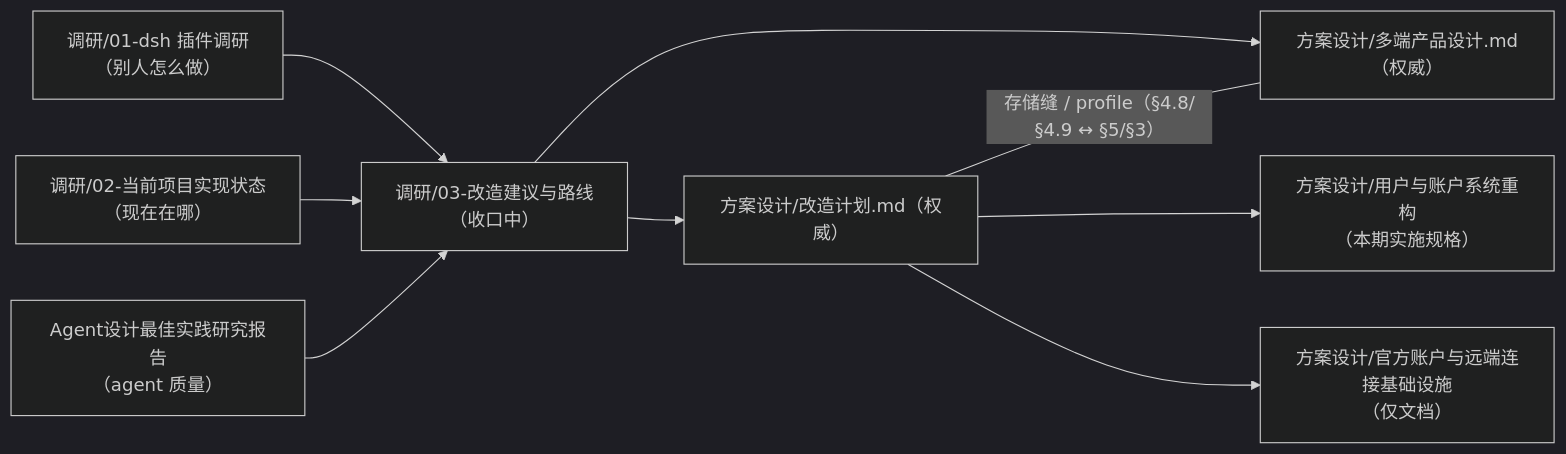
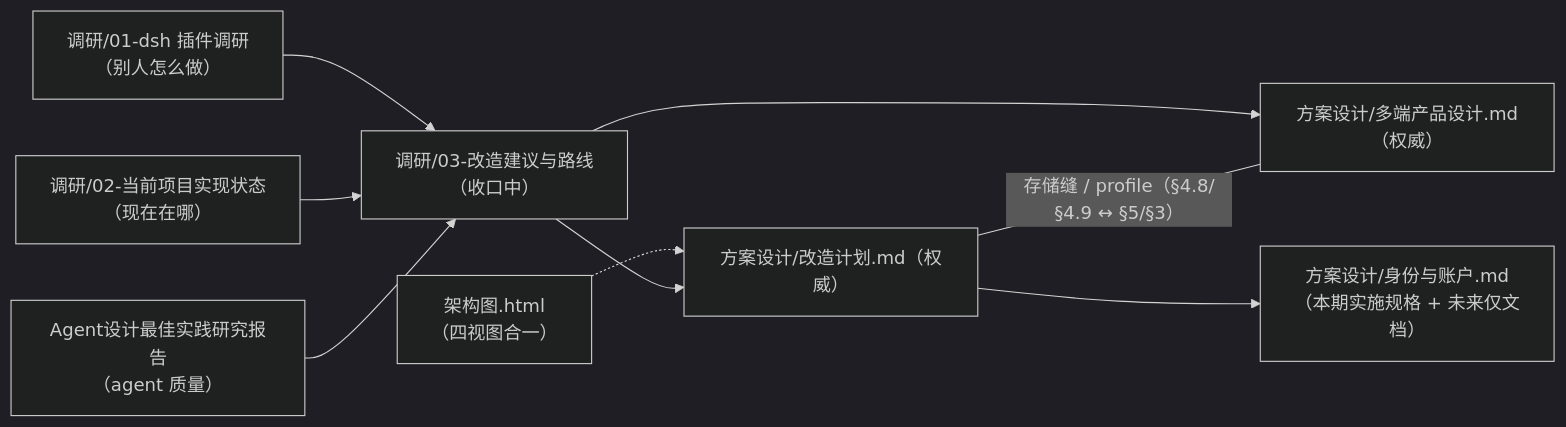
One commit to IsKenKenYa/KenFutWork changed the diagram in docs/README.md. Above: the diagram before and after it, drawn with Mermaid (dark theme). The commit also changed other lines of this file and 162 other files, not shown here.

First line of the commit message:
docs(整理): 架构图合一为单文件 + 同类型文档合并 + 验收与来源清单移出 docs（§208）

````diff
--- a/docs/README.md
+++ b/docs/README.md
@@ -7,11 +7,11 @@
 ```mermaid
 graph LR
     D01["调研/01-dsh 插件调研<br/>（别人怎么做）"] --> D03["调研/03-改造建议与路线<br/>（收口中）"]
     SNAP["调研/02-当前项目实现状态<br/>（现在在哪）"] --> D03
+    ARCH["架构图.html<br/>（四视图合一）"] -.-> PLAN
     AGENT["Agent设计最佳实践研究报告<br/>（agent 质量）"] --> D03
     D03 --> PLAN["方案设计/改造计划.md（权威）"]
     D03 --> MULTI["方案设计/多端产品设计.md（权威）"]
     PLAN ---|"存储缝 / profile（§4.8/§4.9 ↔ §5/§3）"| MULTI
-    PLAN --> LOCAL["方案设计/用户与账户系统重构<br/>（本期实施规格）"]
-    PLAN --> REMOTE["方案设计/官方账户与远端连接基础设施<br/>（仅文档）"]
+    PLAN --> IDENT["方案设计/身份与账户.md<br/>（本期实施规格 + 未来仅文档）"]
 ```
````
